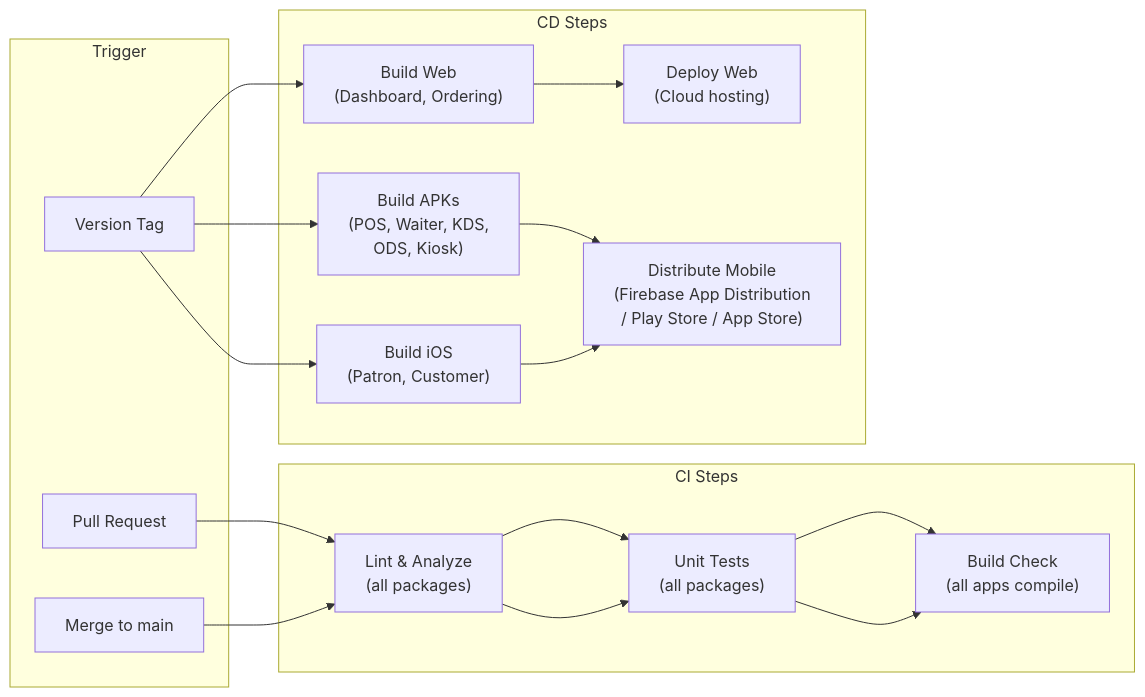
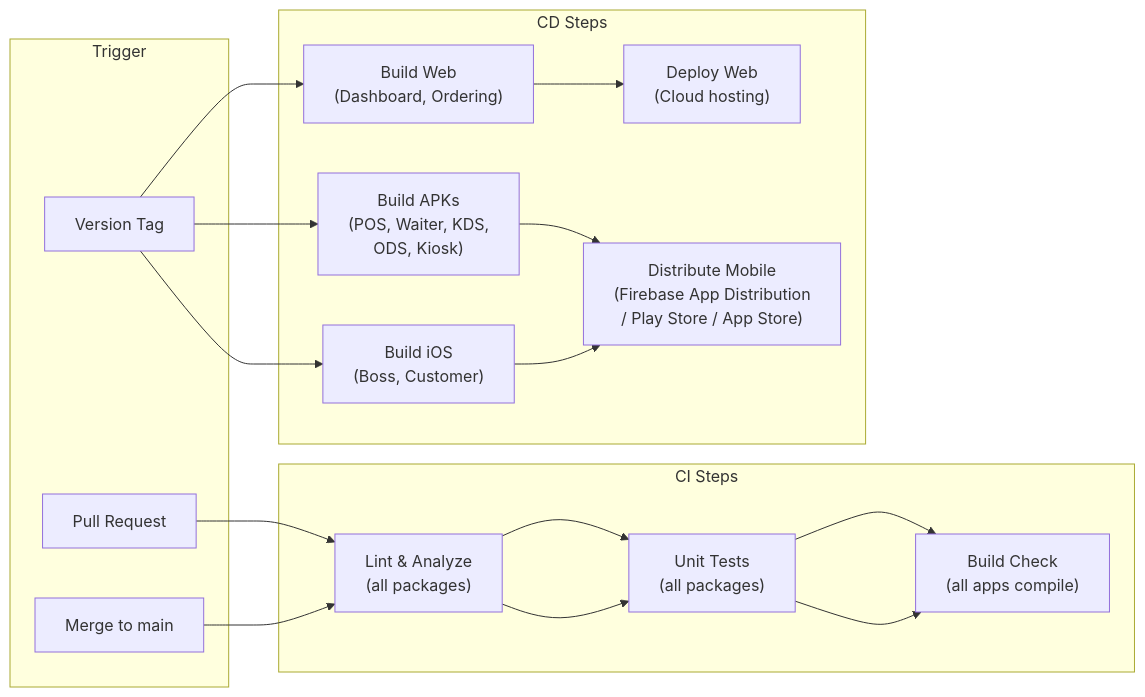
The seventh of 7 diagrams in docs/22-multi-app-architecture.md (2techdev/restaurant), drawn with Mermaid before and after one commit. The commit also changed other lines of this file and 5 other files, not shown here.

First line of the commit message:
rename: patron → boss (post-pilot owner mobile app)

````diff
--- a/docs/22-multi-app-architecture.md
+++ b/docs/22-multi-app-architecture.md
@@ -1239,28 +1239,28 @@
 ```mermaid
 graph LR
     subgraph "Trigger"
         PR["Pull Request"]
         MERGE["Merge to main"]
         TAG["Version Tag"]
     end
 
     subgraph "CI Steps"
         LINT["Lint & Analyze<br/>(all packages)"]
         TEST["Unit Tests<br/>(all packages)"]
         BUILD_CHECK["Build Check<br/>(all apps compile)"]
     end
 
     subgraph "CD Steps"
         BUILD_APK["Build APKs<br/>(POS, Waiter, KDS,<br/>ODS, Kiosk)"]
-        BUILD_IOS["Build iOS<br/>(Patron, Customer)"]
+        BUILD_IOS["Build iOS<br/>(Boss, Customer)"]
         BUILD_WEB["Build Web<br/>(Dashboard, Ordering)"]
         DEPLOY_WEB["Deploy Web<br/>(Cloud hosting)"]
         DIST_MOBILE["Distribute Mobile<br/>(Firebase App Distribution<br/>/ Play Store / App Store)"]
     end
 
     PR --> LINT --> TEST --> BUILD_CHECK
     MERGE --> LINT --> TEST --> BUILD_CHECK
     TAG --> BUILD_APK --> DIST_MOBILE
     TAG --> BUILD_IOS --> DIST_MOBILE
     TAG --> BUILD_WEB --> DEPLOY_WEB
 ```
````
